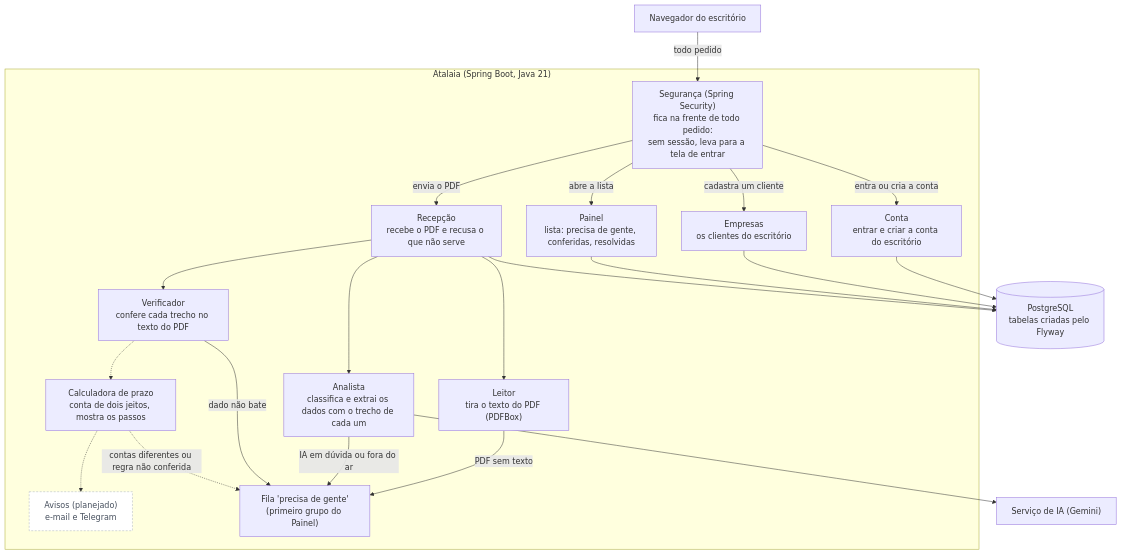
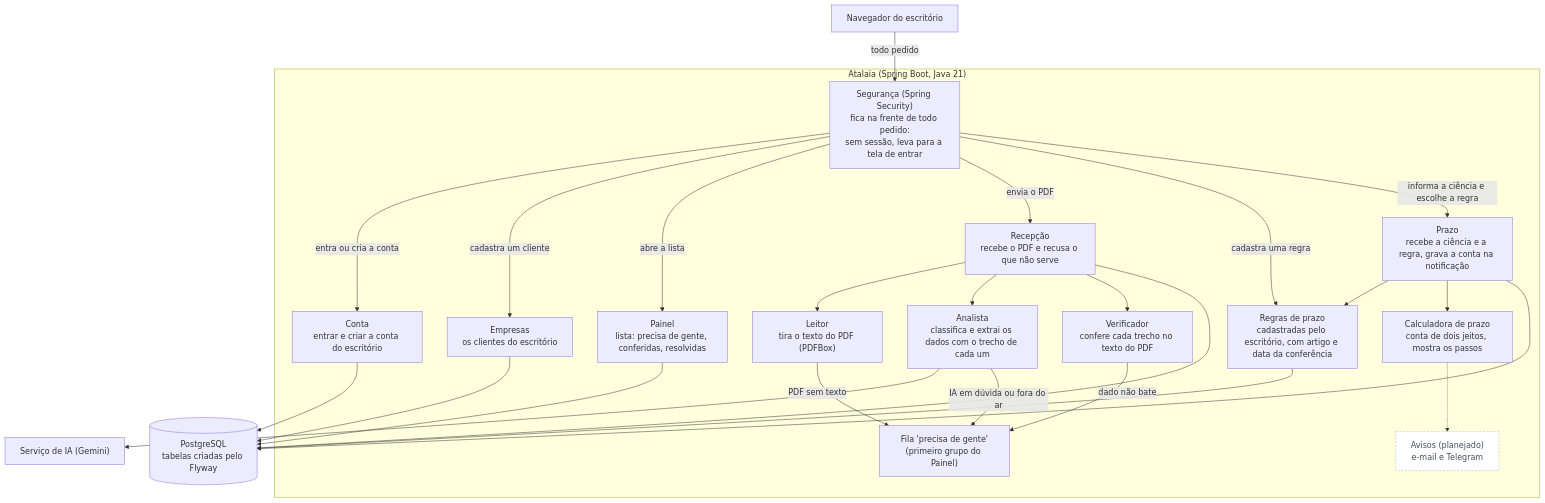
The second of 8 diagrams in docs/04-arquitetura/arquitetura.md (namtech-agents/atalaia), drawn with Mermaid before and after one commit. The commit also changed other lines of this file and 1 other file, not shown here.

Commit message:
docs: prazo na tela nos diagramas e no README (#75)

````diff
--- a/docs/04-arquitetura/arquitetura.md
+++ b/docs/04-arquitetura/arquitetura.md
@@ -64,44 +66,50 @@
 ```mermaid
 flowchart TB
     navegador["Navegador do escritório"]
 
     subgraph app["Atalaia (Spring Boot, Java 21)"]
         seguranca["Segurança (Spring Security)<br/>fica na frente de todo pedido:<br/>sem sessão, leva para a tela de entrar"]
         conta["Conta<br/>entrar e criar a conta do escritório"]
         empresas["Empresas<br/>os clientes do escritório"]
         painel["Painel<br/>lista: precisa de gente, conferidas, resolvidas"]
         recepcao["Recepção<br/>recebe o PDF e recusa o que não serve"]
         leitor["Leitor<br/>tira o texto do PDF (PDFBox)"]
         analista["Analista<br/>classifica e extrai os dados com o trecho de cada um"]
         verificador["Verificador<br/>confere cada trecho no texto do PDF"]
+        regras["Regras de prazo<br/>cadastradas pelo escritório, com artigo e data da conferência"]
+        prazo["Prazo<br/>recebe a ciência e a regra, grava a conta na notificação"]
         calculadora["Calculadora de prazo<br/>conta de dois jeitos, mostra os passos"]
         avisos["Avisos (planejado)<br/>e-mail e Telegram"]
         revisao["Fila 'precisa de gente'<br/>(primeiro grupo do Painel)"]
     end
 
     banco[("PostgreSQL<br/>tabelas criadas pelo Flyway")]
     ia["Serviço de IA (Gemini)"]
 
     navegador -->|todo pedido| seguranca
     seguranca -->|entra ou cria a conta| conta
     seguranca -->|cadastra um cliente| empresas
     seguranca -->|abre a lista| painel
     seguranca -->|envia o PDF| recepcao
+    seguranca -->|cadastra uma regra| regras
+    seguranca -->|informa a ciência e escolhe a regra| prazo
+    prazo --> regras
+    prazo --> calculadora
+    prazo --> banco
+    regras --> banco
     conta --> banco
     empresas --> banco
     painel --> banco
     recepcao --> leitor
     recepcao --> analista
     analista --> ia
     recepcao --> verificador
-    verificador -.-> calculadora
     calculadora -.-> avisos
     recepcao --> banco
     leitor -->|PDF sem texto| revisao
     analista -->|IA em dúvida ou fora do ar| revisao
     verificador -->|dado não bate| revisao
-    calculadora -.->|contas diferentes ou regra não conferida| revisao
 
     classDef planejado fill:#ffffff,stroke:#aab3bf,stroke-dasharray:4 3,color:#47505e
     class avisos planejado
 ```
````
